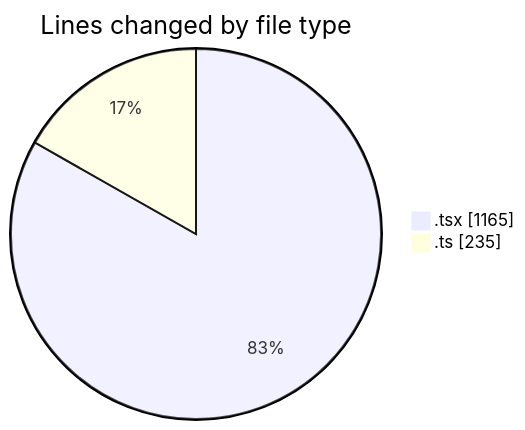
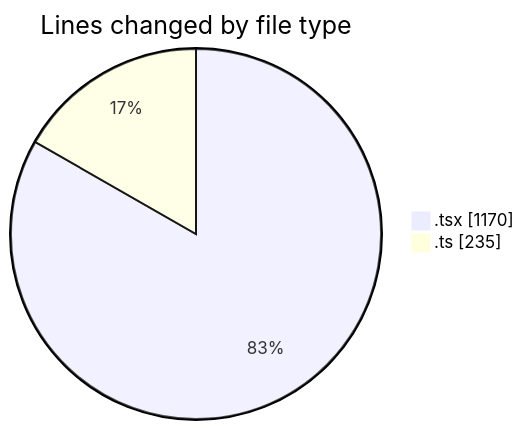
One commit to momahboobian/code-tracking changed the first of 2 diagrams in 2025-09-15/cda/README.md. Above: the diagram before and after it, drawn with Mermaid. The commit also changed other lines of this file and 1 other file, not shown here.

````diff
--- a/2025-09-15/cda/README.md
+++ b/2025-09-15/cda/README.md
@@ -22,6 +22,6 @@
 ```mermaid
 pie showData
 title Lines changed by file type
-".tsx" : 1165
+".tsx" : 1170
 ".ts" : 235
 ```
````
